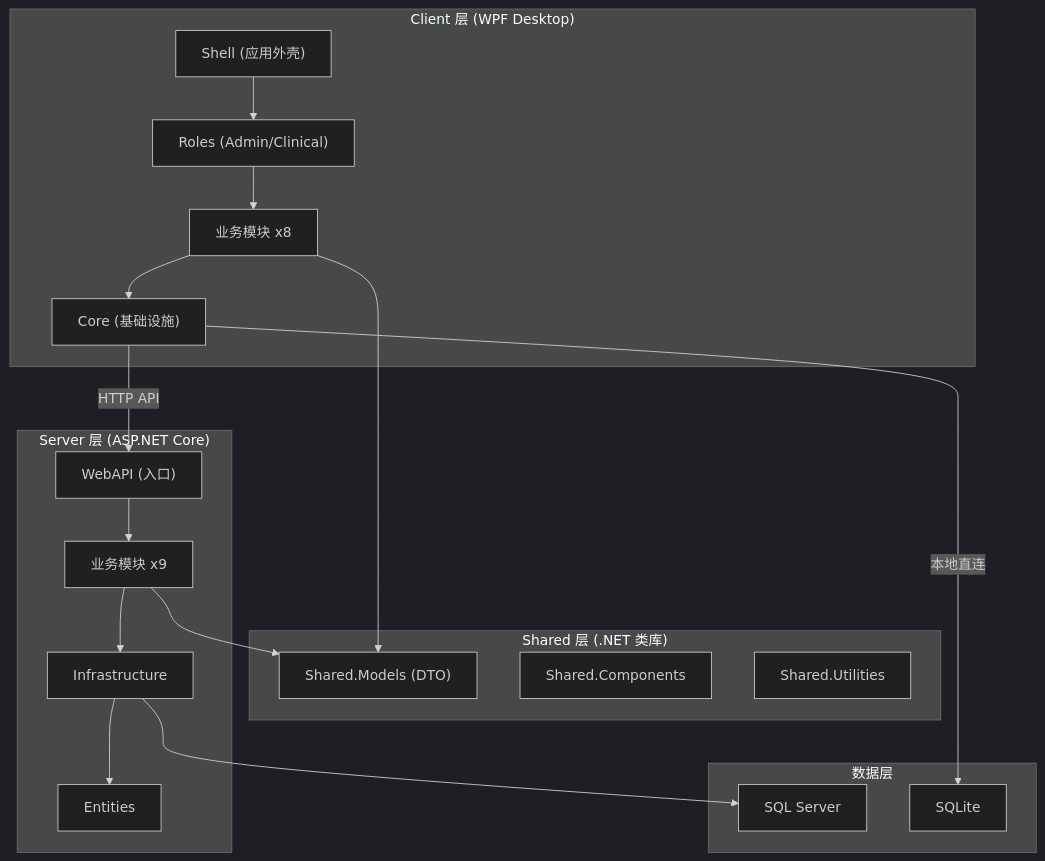
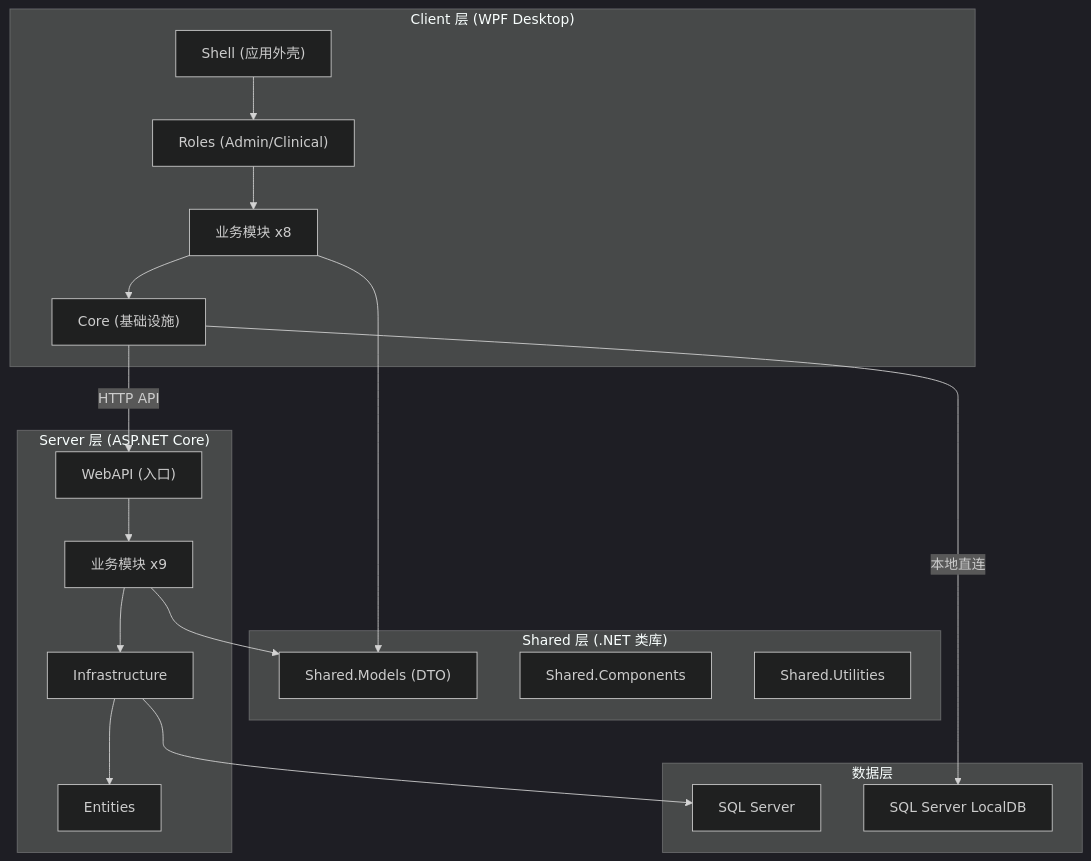
The first of 5 diagrams in docs/03-architecture/system-overview.md (shouqitao/LYBTZYZS), drawn with Mermaid (dark theme) before and after one commit. The commit also changed other lines of this file and 9 other files, not shown here.

````diff
--- a/docs/03-architecture/system-overview.md
+++ b/docs/03-architecture/system-overview.md
@@ -9,35 +9,35 @@
 ```mermaid
 graph TB
     subgraph Client["Client 层 (WPF Desktop)"]
         Shell["Shell (应用外壳)"]
         Roles["Roles (Admin/Clinical)"]
         Modules_C["业务模块 x8"]
         Core_C["Core (基础设施)"]
         Shell --> Roles --> Modules_C --> Core_C
     end
 
     subgraph Shared["Shared 层 (.NET 类库)"]
         Models["Shared.Models (DTO)"]
         Components["Shared.Components"]
         Utilities["Shared.Utilities"]
     end
 
     subgraph Server["Server 层 (ASP.NET Core)"]
         WebAPI["WebAPI (入口)"]
         Modules_S["业务模块 x9"]
         Infra["Infrastructure"]
         Entities["Entities"]
         WebAPI --> Modules_S --> Infra --> Entities
     end
 
     subgraph Data["数据层"]
         SQLServer["SQL Server"]
-        SQLite["SQLite"]
+        LocalDB["SQL Server LocalDB"]
     end
 
     Core_C -->|"HTTP API"| WebAPI
-    Core_C -->|"本地直连"| SQLite
+    Core_C -->|"本地直连"| LocalDB
     Modules_C --> Models
     Modules_S --> Models
     Infra --> SQLServer
 ```
````
